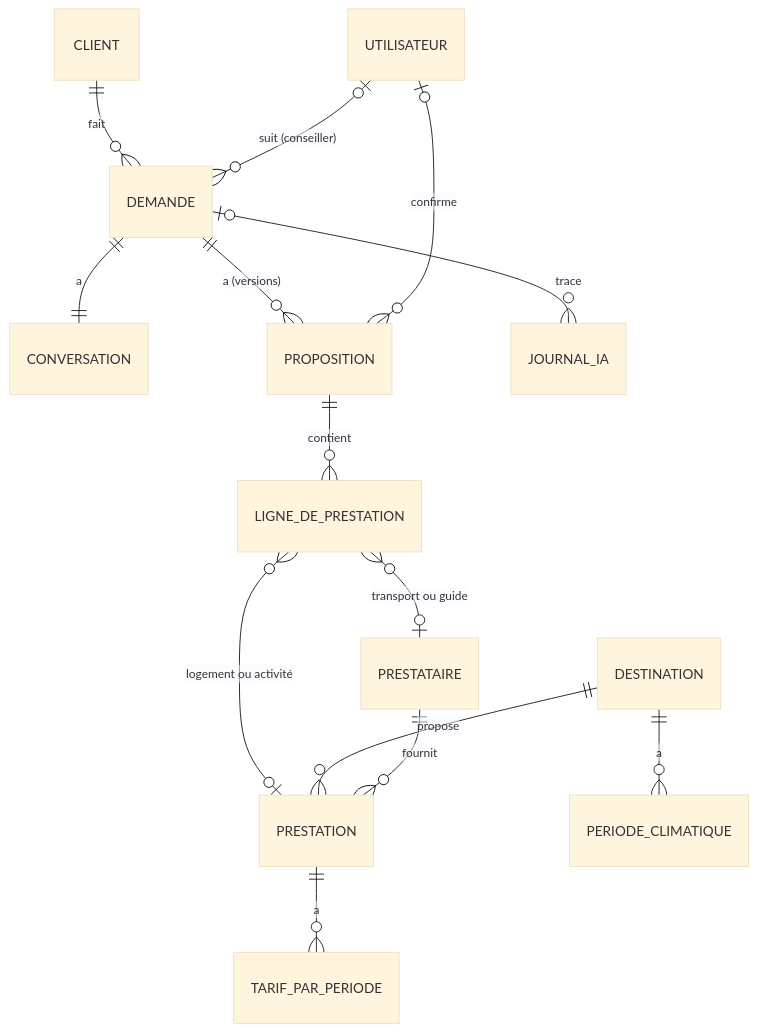
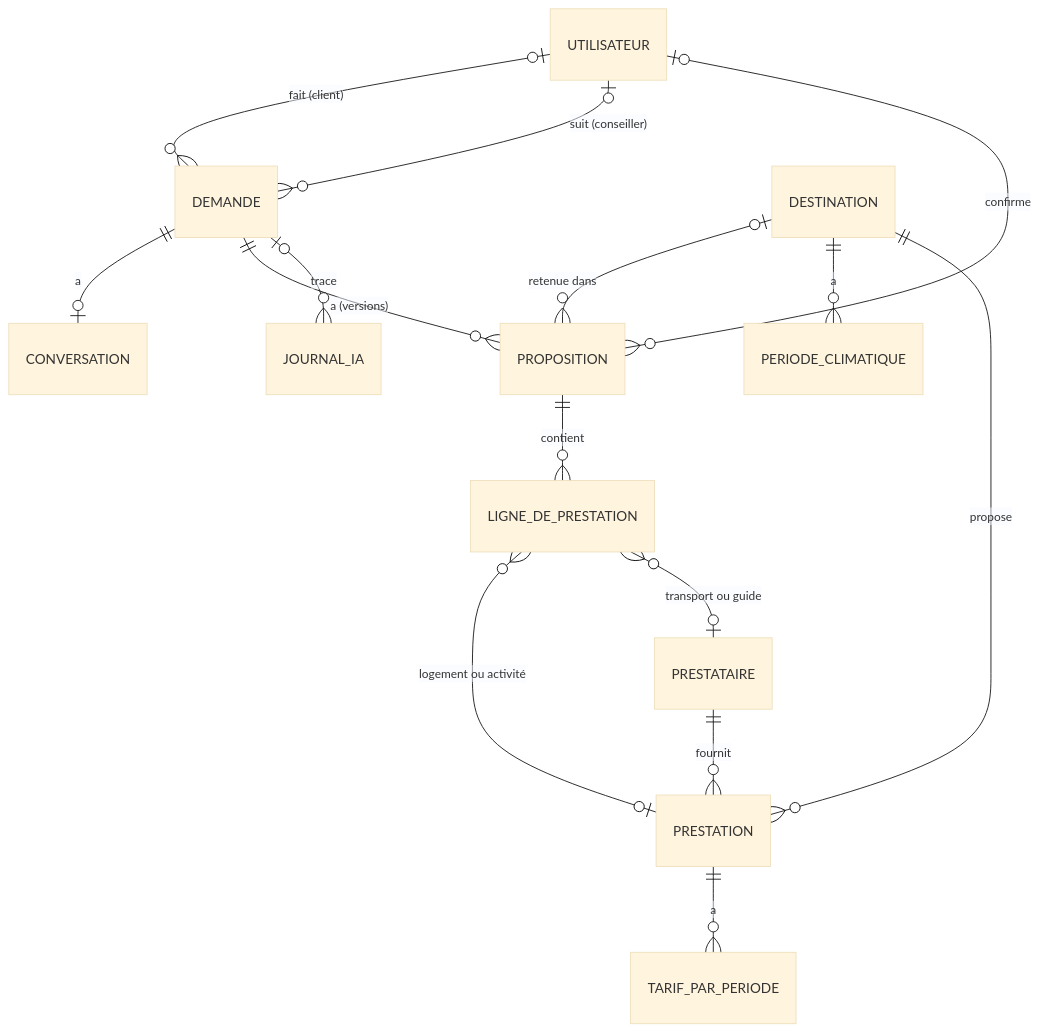
The diagram in README.md (KJovene/ShortCut), drawn with Mermaid (base theme) before and after one commit. The commit also changed other lines of this file and 20 other files, not shown here.

````diff
--- a/README.md
+++ b/README.md
@@ -109,16 +115,17 @@
 ```mermaid
 erDiagram
-    CLIENT ||--o{ DEMANDE : fait
+    UTILISATEUR |o--o{ DEMANDE : "fait (client)"
     UTILISATEUR |o--o{ DEMANDE : "suit (conseiller)"
-    DEMANDE ||--|| CONVERSATION : a
+    DEMANDE ||--o| CONVERSATION : a
     DEMANDE ||--o{ PROPOSITION : "a (versions)"
+    DESTINATION |o--o{ PROPOSITION : "retenue dans"
     UTILISATEUR |o--o{ PROPOSITION : confirme
     PROPOSITION ||--o{ LIGNE_DE_PRESTATION : contient
     LIGNE_DE_PRESTATION }o--o| PRESTATION : "logement ou activité"
     LIGNE_DE_PRESTATION }o--o| PRESTATAIRE : "transport ou guide"
     DESTINATION ||--o{ PERIODE_CLIMATIQUE : a
     DESTINATION ||--o{ PRESTATION : propose
     PRESTATAIRE ||--o{ PRESTATION : fournit
     PRESTATION ||--o{ TARIF_PAR_PERIODE : a
     DEMANDE |o--o{ JOURNAL_IA : trace
 ```
````
